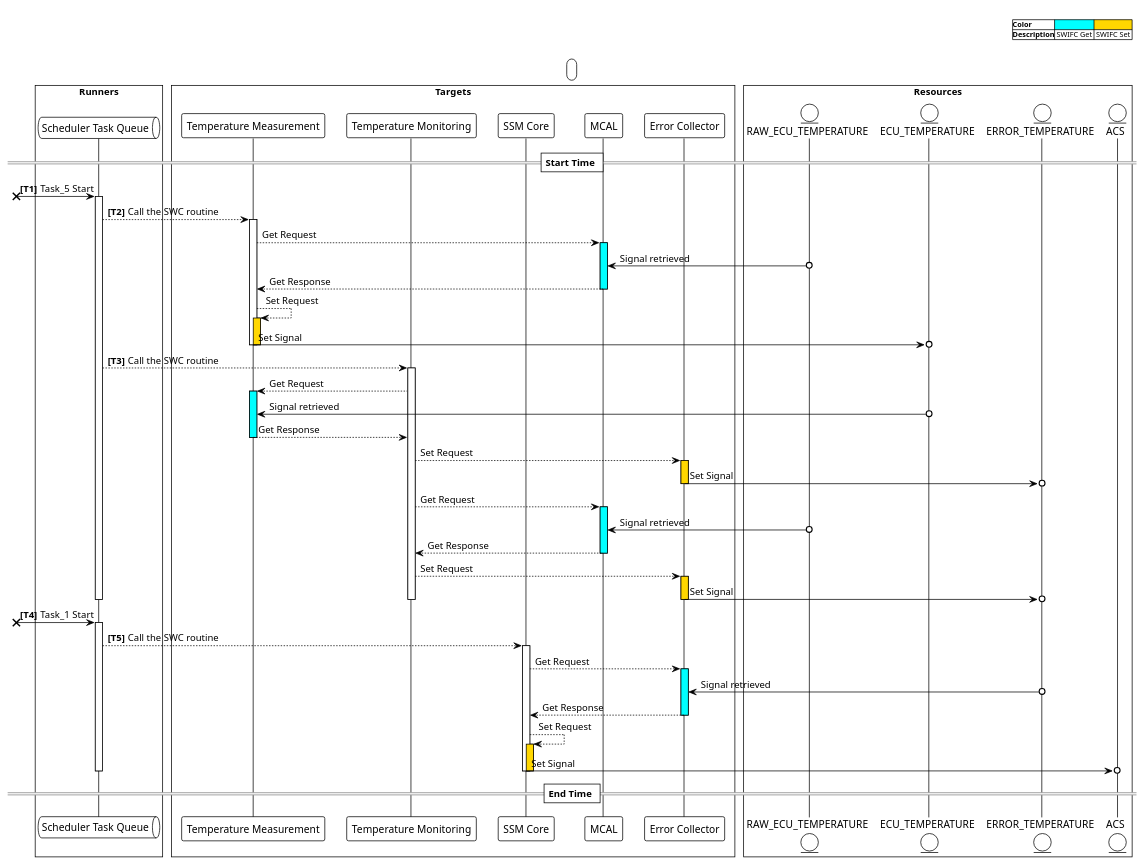
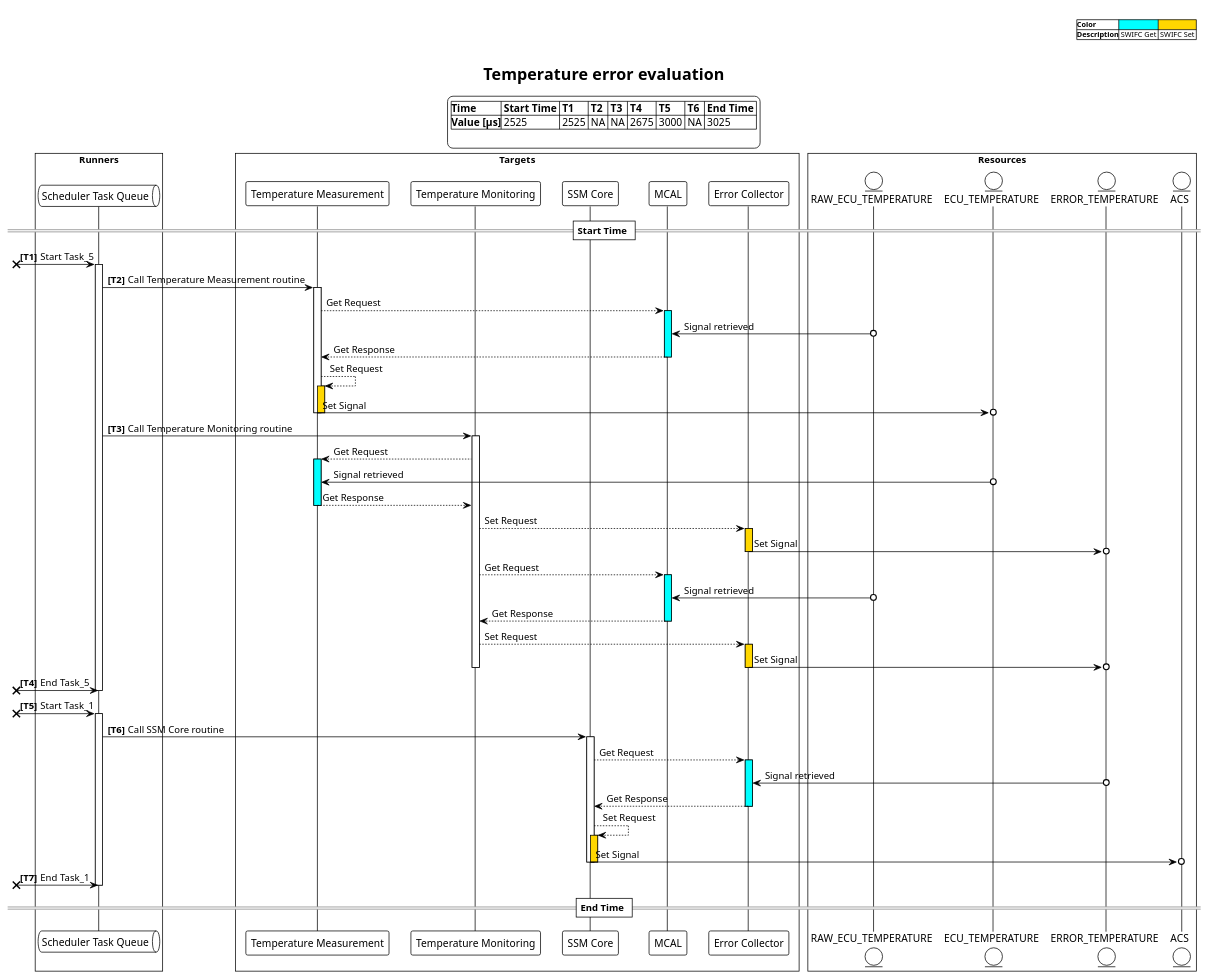
One commit to MatteoCamagni/G2Puml changed the diagram in raw.puml. Above: the diagram before and after it, drawn with PlantUML. The commit also changed 5 other files, not shown here.

```diff
--- a/raw.puml
+++ b/raw.puml
@@ -1,123 +1,145 @@
 @startuml
     !theme plain
+
+    title Temperature error evaluation
 
     header
         
     	|<b>Color| <#cyan> | <#gold> |
     	|<b>Description| SWIFC Get | SWIFC Set |
     
     end header
 
     legend top
-        
+        |<b>Time| <b>Start Time | <b>T1 | <b>T2 | <b>T3 | <b>T4 | <b>T5 | <b>T6 | <b>End Time |
+|<b>Value [&#181;s]| 2525 | 2525 | NA | NA | 2675 | 3000 | NA | 3025 |
+
     end legend
 
     'Entities
 
     box "Runners"
     	queue "Scheduler Task Queue" as scheduler_task_queue
 
     end box
 
     box "Targets"
     	participant "Temperature Measurement" as temperature_measurement
 	participant "Temperature Monitoring" as temperature_monitoring
 	participant "SSM Core" as ssm_core
 	participant "MCAL" as mcal
 	participant "Error Collector" as error_collector
 
     end box
 
     box "Resources"
     	entity "RAW_ECU_TEMPERATURE" as raw_ecu_temperature
 	entity "ECU_TEMPERATURE" as ecu_temperature
 	entity "ERROR_TEMPERATURE" as error_temperature
 	entity "ACS" as acs
 
     end box
 
     'Sequence actions
     == Start Time ==
 
     
 
-autonumber "<b>[T0]"
-    [x-> scheduler_task_queue: Task_5 Start
-autonumber stop
+    autonumber "<b>[T0]"
+    [x-> scheduler_task_queue: Start Task_5
+    autonumber stop
 
-	activate scheduler_task_queue
+    	activate scheduler_task_queue
 
-		autonumber resume
-    scheduler_task_queue --> temperature_measurement: Call the SWC routine
-    autonumber stop
-    		activate temperature_measurement
+
+    	autonumber resume
+    	scheduler_task_queue-> temperature_measurement: Call Temperature Measurement routine
+    	autonumber stop
+
+    
+		activate temperature_measurement
 
 
     			temperature_measurement --> mcal ++ #cyan: Get Request
     			raw_ecu_temperature o-> mcal:  Signal retrieved
     			return Get Response
     
 
     			temperature_measurement --> temperature_measurement ++ #gold: Set Request
     			temperature_measurement ->o ecu_temperature --: Set Signal
     
 		deactivate temperature_measurement
 
-		autonumber resume
-    scheduler_task_queue --> temperature_monitoring: Call the SWC routine
-    autonumber stop
-    		activate temperature_monitoring
+
+    	autonumber resume
+    	scheduler_task_queue-> temperature_monitoring: Call Temperature Monitoring routine
+    	autonumber stop
+
+    
+		activate temperature_monitoring
 
 
     			temperature_monitoring --> temperature_measurement ++ #cyan: Get Request
     			ecu_temperature o-> temperature_measurement:  Signal retrieved
     			return Get Response
     
 
     			temperature_monitoring --> error_collector ++ #gold: Set Request
     			error_collector ->o error_temperature --: Set Signal
     
 
     			temperature_monitoring --> mcal ++ #cyan: Get Request
     			raw_ecu_temperature o-> mcal:  Signal retrieved
     			return Get Response
     
 
     			temperature_monitoring --> error_collector ++ #gold: Set Request
     			error_collector ->o error_temperature --: Set Signal
     
 		deactivate temperature_monitoring
 
-	deactivate scheduler_task_queue
+
+
+    autonumber resume
+    [x-> scheduler_task_queue: End Task_5
+    autonumber stop
+
+    deactivate scheduler_task_queue
+
+
+    autonumber resume
+    [x-> scheduler_task_queue: Start Task_1
+    autonumber stop
+
+    activate scheduler_task_queue
+
+
+    autonumber resume
+    scheduler_task_queue-> ssm_core: Call SSM Core routine
+    autonumber stop
+
+    
+	activate ssm_core
+
+
+    		ssm_core --> error_collector ++ #cyan: Get Request
+    		error_temperature o-> error_collector:  Signal retrieved
+    		return Get Response
+    
+
+    		ssm_core --> ssm_core ++ #gold: Set Request
+    		ssm_core ->o acs --: Set Signal
+    
+	deactivate ssm_core
 
 
 
-autonumber resume
-    [x-> scheduler_task_queue: Task_1 Start
-autonumber stop
+    autonumber resume
+    [x-> scheduler_task_queue: End Task_1
+    autonumber stop
 
-	activate scheduler_task_queue
-
-
-		autonumber resume
-    scheduler_task_queue --> ssm_core: Call the SWC routine
-    autonumber stop
-    		activate ssm_core
-
-
-    			ssm_core --> error_collector ++ #cyan: Get Request
-    			error_temperature o-> error_collector:  Signal retrieved
-    			return Get Response
-    
-
-    			ssm_core --> ssm_core ++ #gold: Set Request
-    			ssm_core ->o acs --: Set Signal
-    
-		deactivate ssm_core
-
-	deactivate scheduler_task_queue
-
+    deactivate scheduler_task_queue
 
 
     == End Time ==
     @enduml
```
